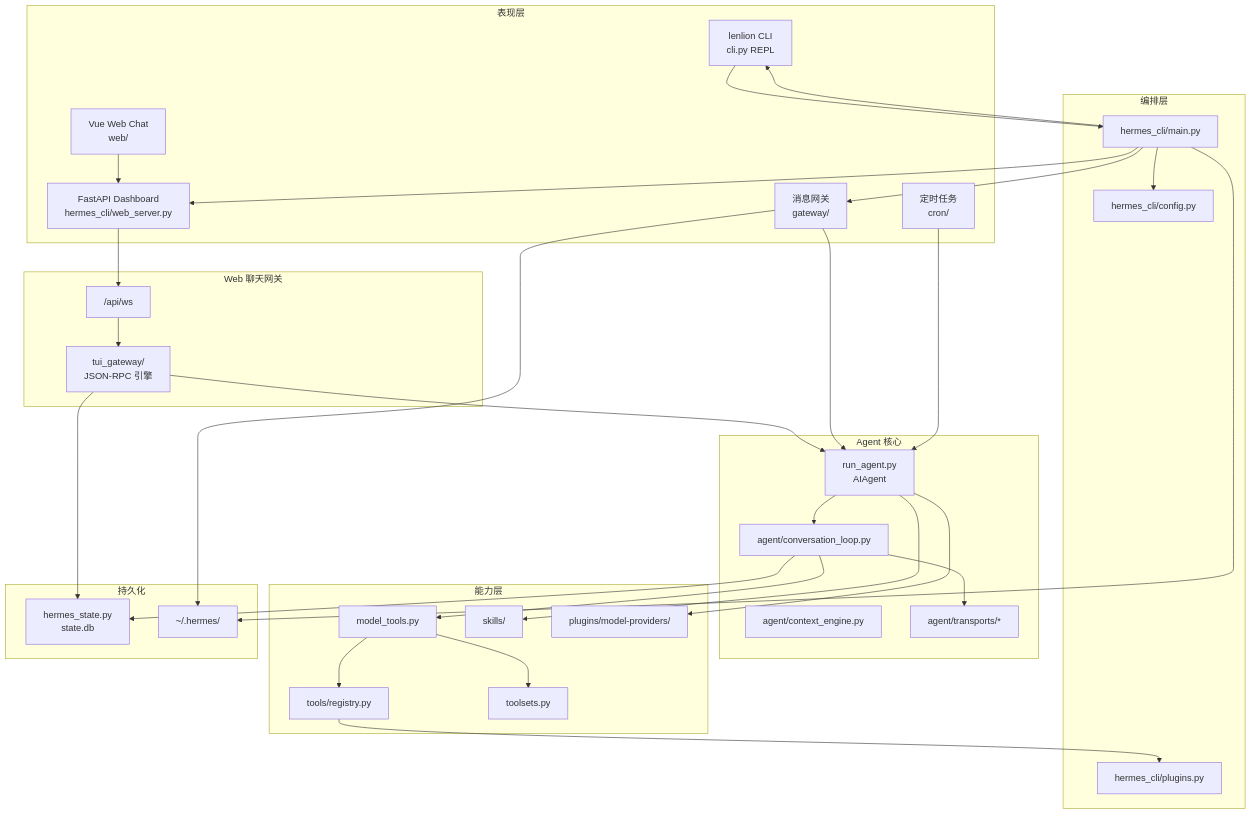
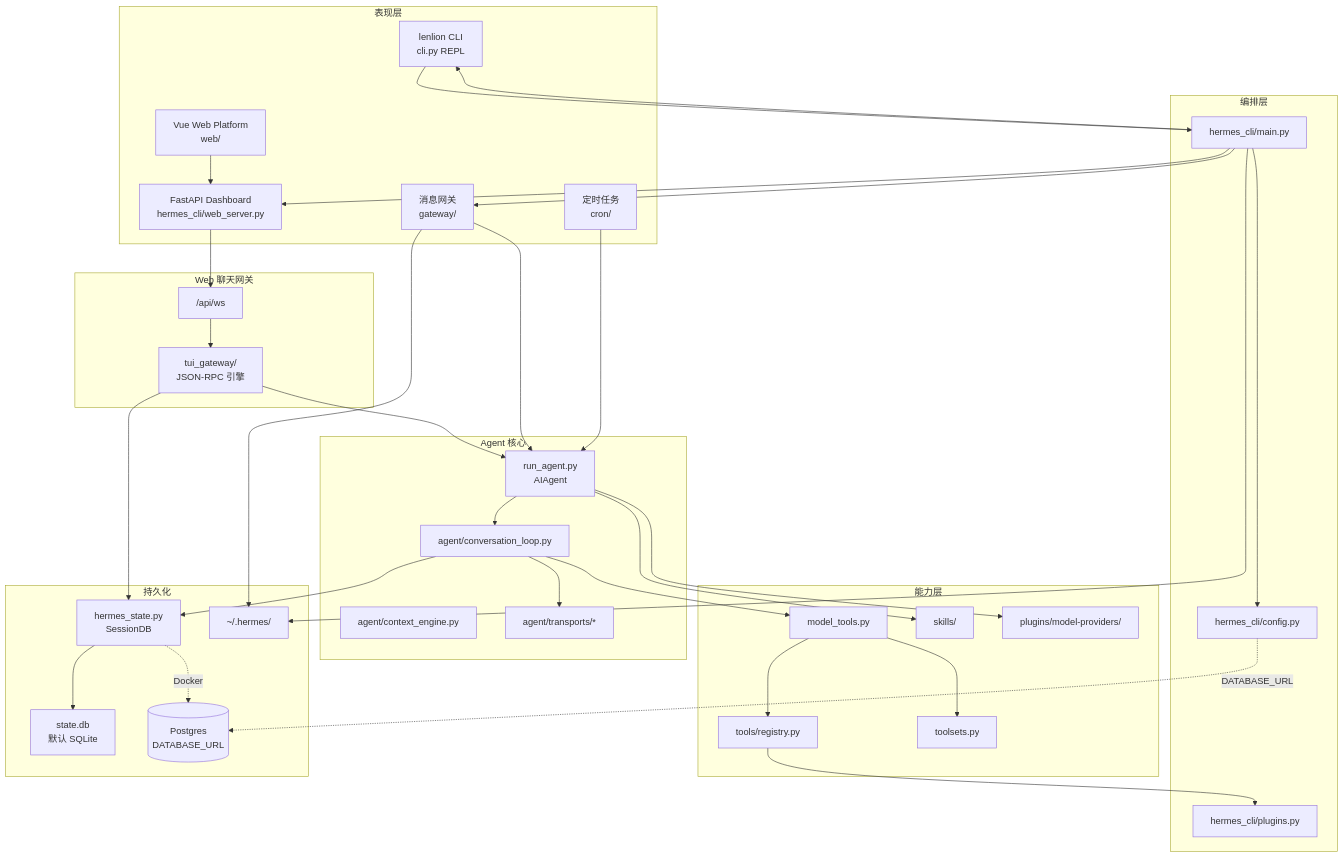
Before and after one commit to lenlion4268-design/lenlion_project: the first of 3 diagrams in ARCHITECTURE.md, drawn with Mermaid. The commit also changed other lines of this file and 6 other files, not shown here.

First line of the commit message:
发布 0.3.0：补齐 Web 平台前端与 Docker 部署文件，收拢至 lenlion_agent/，并更新架构文档。

````diff
--- a/ARCHITECTURE.md
+++ b/ARCHITECTURE.md
@@ -21,65 +21,70 @@
 ```mermaid
 flowchart TB
   subgraph presentation [表现层]
     CLI[lenlion CLI<br/>cli.py REPL]
-    WEB[Vue Web Chat<br/>web/]
+    WEB[Vue Web Platform<br/>web/]
     DASH[FastAPI Dashboard<br/>hermes_cli/web_server.py]
     GW[消息网关<br/>gateway/]
     CRON[定时任务<br/>cron/]
   end
 
   subgraph orchestration [编排层]
     MAIN[hermes_cli/main.py]
     CFG[hermes_cli/config.py]
     PLUG[hermes_cli/plugins.py]
   end
 
   subgraph chat_gateway [Web 聊天网关]
     WS["/api/ws"]
     TG[tui_gateway/<br/>JSON-RPC 引擎]
   end
 
   subgraph agent_core [Agent 核心]
     RA[run_agent.py<br/>AIAgent]
     LOOP[agent/conversation_loop.py]
     CTX[agent/context_engine.py]
     TRANS[agent/transports/*]
   end
 
   subgraph capabilities [能力层]
     MT[model_tools.py]
     REG[tools/registry.py]
     TS[toolsets.py]
     SK[skills/]
     PR[plugins/model-providers/]
   end
 
   subgraph persistence [持久化]
-    STATE[hermes_state.py<br/>state.db]
+    STATE[hermes_state.py<br/>SessionDB]
+    SQLITE[state.db<br/>默认 SQLite]
+    PG[(Postgres<br/>DATABASE_URL)]
     HOME[~/.hermes/]
   end
 
   CLI --> MAIN
   WEB --> DASH
   DASH --> WS
   WS --> TG
   TG --> RA
   GW --> RA
   CRON --> RA
   MAIN --> CLI
   MAIN --> DASH
   MAIN --> GW
   MAIN --> CFG
   RA --> LOOP
   LOOP --> MT
   LOOP --> TRANS
   MT --> REG
   MT --> TS
   REG --> PLUG
   RA --> SK
   RA --> PR
   LOOP --> STATE
+  STATE --> SQLITE
+  STATE -.->|Docker| PG
   MAIN --> HOME
   GW --> HOME
   TG --> STATE
+  CFG -.->|DATABASE_URL| PG
 ```
````
